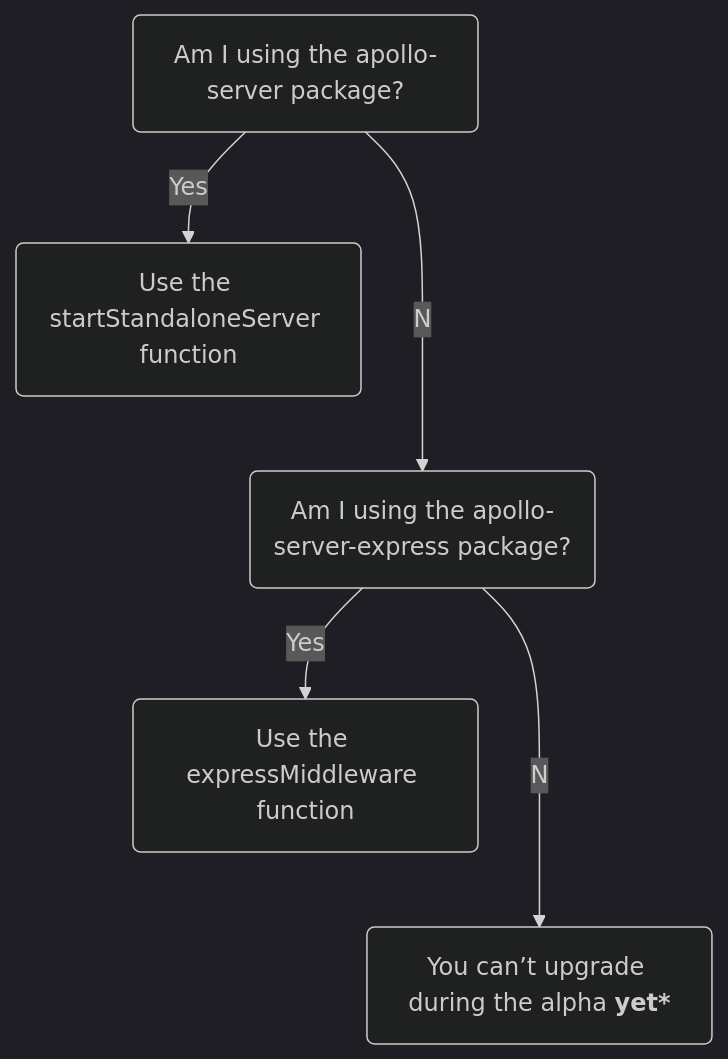
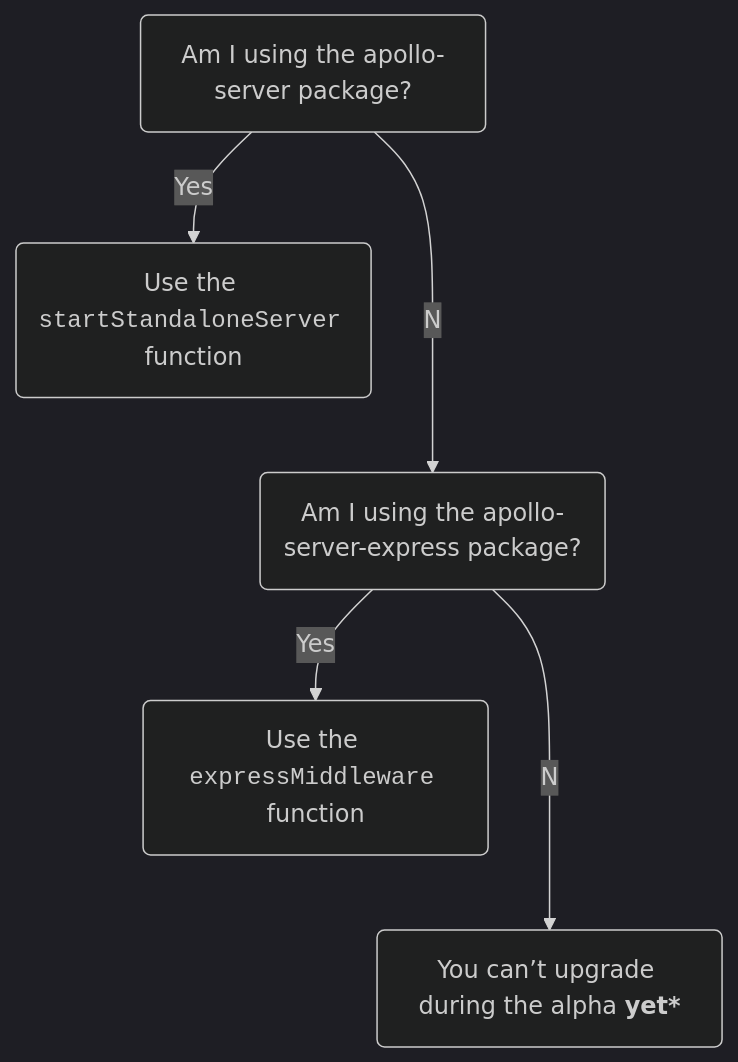
The diagram in docs/source/migration.mdx (maxnachlinger/apollo-server), drawn with Mermaid (dark theme) before and after one commit. The commit also changed 2 other files, not shown here.

Commit message:
title casing

````diff
--- a/docs/source/migration.mdx
+++ b/docs/source/migration.mdx
@@ -40,9 +40,9 @@
 ```mermaid
 graph TB;
   server("Am I using the apollo-server package?");
   server--No-->express("Am I using the apollo-server-express package?");
-  server--Yes-->useStandAlone("Use the startStandaloneServer function");
+  server--Yes-->useStandAlone("Use the <code>startStandaloneServer</code> function");
   express--No-->buildIntegration("You can’t upgrade during the alpha <b>yet*</b>");
-  express--Yes-->useExpressMiddleware("Use the expressMiddleware function");
+  express--Yes-->useExpressMiddleware("Use the <code>expressMiddleware</code> function");
   class useStandAlone,useExpressMiddleware secondary;
 ```
````
